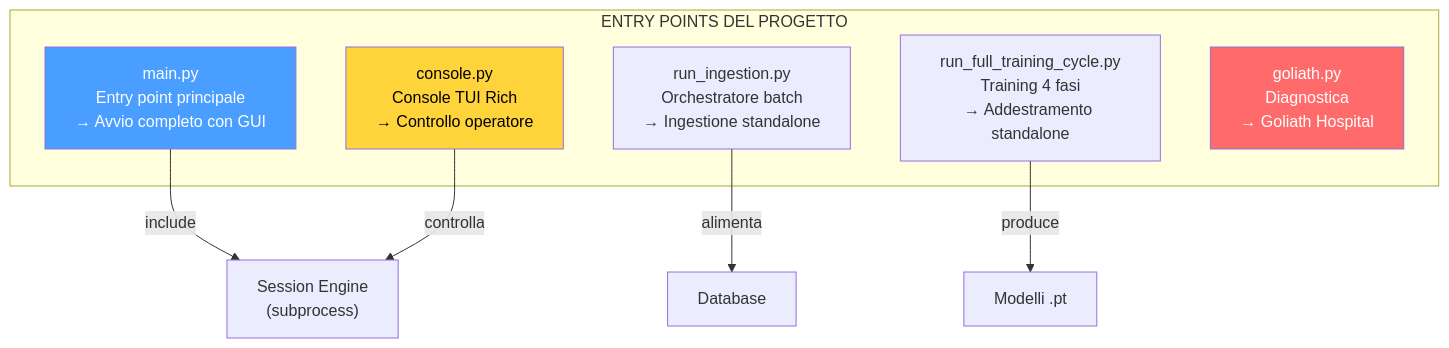
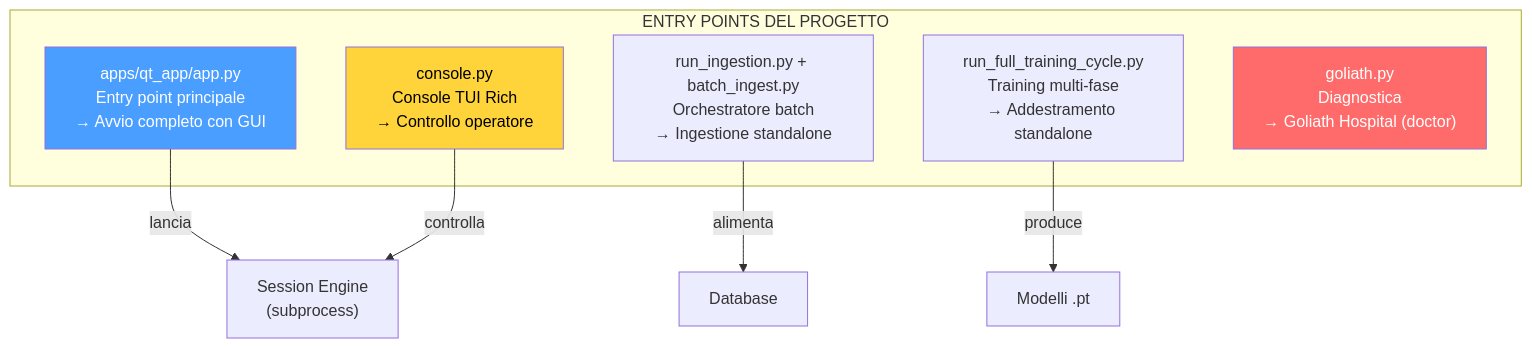
Diagram 48 of 52 in docs/books/Book-Coach-3.md (renanaugustomacena-ux/Counter-Strike-coach-AI), drawn with Mermaid before and after one commit. The commit also changed other lines of this file and 4 other files, not shown here.

````diff
--- a/docs/books/Book-Coach-3.md
+++ b/docs/books/Book-Coach-3.md
@@ -2698,17 +2642,17 @@
 ```mermaid
 flowchart TB
     subgraph ENTRY["ENTRY POINTS DEL PROGETTO"]
-        MAIN["main.py<br/>Entry point principale<br/>→ Avvio completo con GUI"]
+        QT["apps/qt_app/app.py<br/>Entry point principale<br/>→ Avvio completo con GUI"]
         CONSOLE["console.py<br/>Console TUI Rich<br/>→ Controllo operatore"]
-        INGEST["run_ingestion.py<br/>Orchestratore batch<br/>→ Ingestione standalone"]
-        TRAIN["run_full_training_cycle.py<br/>Training 4 fasi<br/>→ Addestramento standalone"]
-        GOLIATH["goliath.py<br/>Diagnostica<br/>→ Goliath Hospital"]
+        INGEST["run_ingestion.py + batch_ingest.py<br/>Orchestratore batch<br/>→ Ingestione standalone"]
+        TRAIN["run_full_training_cycle.py<br/>Training multi-fase<br/>→ Addestramento standalone"]
+        GOLIATH["goliath.py<br/>Diagnostica<br/>→ Goliath Hospital (doctor)"]
     end
-    MAIN -->|"include"| SESSION["Session Engine<br/>(subprocess)"]
+    QT -->|"lancia"| SESSION["Session Engine<br/>(subprocess)"]
     CONSOLE -->|"controlla"| SESSION
     INGEST -->|"alimenta"| DB["Database"]
     TRAIN -->|"produce"| MODELS["Modelli .pt"]
-    style MAIN fill:#4a9eff,color:#fff
+    style QT fill:#4a9eff,color:#fff
     style CONSOLE fill:#ffd43b,color:#000
     style GOLIATH fill:#ff6b6b,color:#fff
 ```
````
